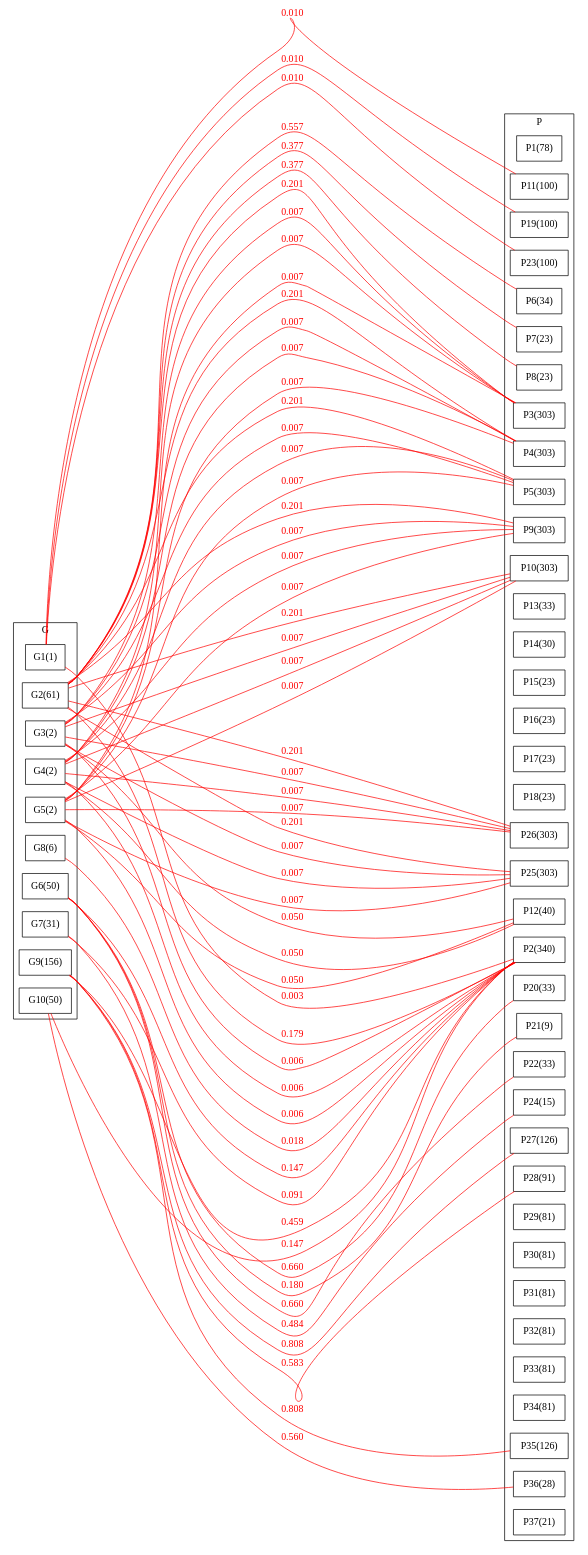
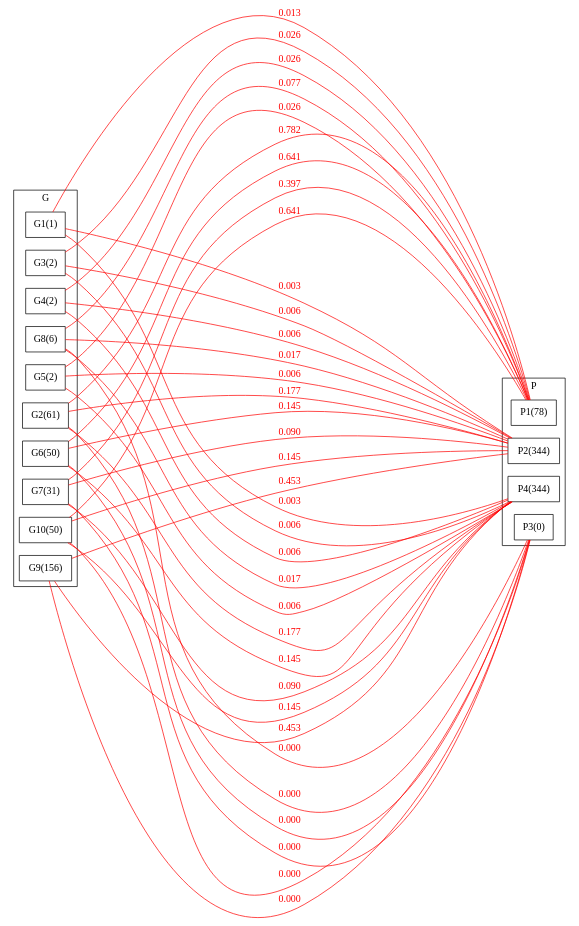
One commit to asanoja/segmentations changed the diagram in evaluation/dot/BG_bom3_chrome_www_biolitestove_com_homestove_overview_.dot. Above: the diagram before and after it, drawn with Graphviz. The commit also changed 435 other files, not shown here.

```diff
--- a/evaluation/dot/BG_bom3_chrome_www_biolitestove_com_homestove_overview_.dot
+++ b/evaluation/dot/BG_bom3_chrome_www_biolitestove_com_homestove_overview_.dot
@@ -1,119 +1,66 @@
 strict graph BCG {
 rankdir=LR;
 splines=true;
 ranksep="8 equally";
 concentrate = true;
 node [shape=rectangle];
 subgraph cluster_G {
 label = "G";
 color=black;
 rank="same"
 G1 [label="G1(1)"];
 G2 [label="G2(61)"];
 G3 [label="G3(2)"];
 G4 [label="G4(2)"];
 G5 [label="G5(2)"];
 G6 [label="G6(50)"];
 G7 [label="G7(31)"];
 G8 [label="G8(6)"];
 G9 [label="G9(156)"];
 G10 [label="G10(50)"];
 }
 subgraph cluster_P {
 label = "P";
 color="black";
 rank="same"
 P1 [label="P1(78)"];
-P2 [label="P2(340)"];
-P3 [label="P3(303)"];
-P4 [label="P4(303)"];
-P5 [label="P5(303)"];
-P6 [label="P6(34)"];
-P7 [label="P7(23)"];
-P8 [label="P8(23)"];
-P9 [label="P9(303)"];
-P10 [label="P10(303)"];
-P11 [label="P11(100)"];
-P12 [label="P12(40)"];
-P13 [label="P13(33)"];
-P14 [label="P14(30)"];
-P15 [label="P15(23)"];
-P16 [label="P16(23)"];
-P17 [label="P17(23)"];
-P18 [label="P18(23)"];
-P19 [label="P19(100)"];
-P20 [label="P20(33)"];
-P21 [label="P21(9)"];
-P22 [label="P22(33)"];
-P23 [label="P23(100)"];
-P24 [label="P24(15)"];
-P25 [label="P25(303)"];
-P26 [label="P26(303)"];
-P27 [label="P27(126)"];
-P28 [label="P28(91)"];
-P29 [label="P29(81)"];
-P30 [label="P30(81)"];
-P31 [label="P31(81)"];
-P32 [label="P32(81)"];
-P33 [label="P33(81)"];
-P34 [label="P34(81)"];
-P35 [label="P35(126)"];
-P36 [label="P36(28)"];
-P37 [label="P37(21)"];
+P2 [label="P2(344)"];
+P3 [label="P3(0)"];
+P4 [label="P4(344)"];
 }
+G1 -- P1[label="0.013",color="red",fontcolor="red"];
 G1 -- P2[label="0.003",color="red",fontcolor="red"];
-G1 -- P11[label="0.010",color="red",fontcolor="red"];
-G1 -- P19[label="0.010",color="red",fontcolor="red"];
-G1 -- P23[label="0.010",color="red",fontcolor="red"];
-G2 -- P2[label="0.179",color="red",fontcolor="red"];
-G2 -- P3[label="0.201",color="red",fontcolor="red"];
-G2 -- P4[label="0.201",color="red",fontcolor="red"];
-G2 -- P5[label="0.201",color="red",fontcolor="red"];
-G2 -- P6[label="0.557",color="red",fontcolor="red"];
-G2 -- P7[label="0.377",color="red",fontcolor="red"];
-G2 -- P8[label="0.377",color="red",fontcolor="red"];
-G2 -- P9[label="0.201",color="red",fontcolor="red"];
-G2 -- P10[label="0.201",color="red",fontcolor="red"];
-G2 -- P25[label="0.201",color="red",fontcolor="red"];
-G2 -- P26[label="0.201",color="red",fontcolor="red"];
+G1 -- P4[label="0.003",color="red",fontcolor="red"];
+G2 -- P1[label="0.782",color="red",fontcolor="red"];
+G2 -- P2[label="0.177",color="red",fontcolor="red"];
+G2 -- P3[label="0.000",color="red",fontcolor="red"];
+G2 -- P4[label="0.177",color="red",fontcolor="red"];
+G3 -- P1[label="0.026",color="red",fontcolor="red"];
 G3 -- P2[label="0.006",color="red",fontcolor="red"];
-G3 -- P3[label="0.007",color="red",fontcolor="red"];
-G3 -- P4[label="0.007",color="red",fontcolor="red"];
-G3 -- P5[label="0.007",color="red",fontcolor="red"];
-G3 -- P9[label="0.007",color="red",fontcolor="red"];
-G3 -- P10[label="0.007",color="red",fontcolor="red"];
-G3 -- P12[label="0.050",color="red",fontcolor="red"];
-G3 -- P25[label="0.007",color="red",fontcolor="red"];
-G3 -- P26[label="0.007",color="red",fontcolor="red"];
+G3 -- P4[label="0.006",color="red",fontcolor="red"];
+G4 -- P1[label="0.026",color="red",fontcolor="red"];
 G4 -- P2[label="0.006",color="red",fontcolor="red"];
-G4 -- P3[label="0.007",color="red",fontcolor="red"];
-G4 -- P4[label="0.007",color="red",fontcolor="red"];
-G4 -- P5[label="0.007",color="red",fontcolor="red"];
-G4 -- P9[label="0.007",color="red",fontcolor="red"];
-G4 -- P10[label="0.007",color="red",fontcolor="red"];
-G4 -- P12[label="0.050",color="red",fontcolor="red"];
-G4 -- P25[label="0.007",color="red",fontcolor="red"];
-G4 -- P26[label="0.007",color="red",fontcolor="red"];
+G4 -- P4[label="0.006",color="red",fontcolor="red"];
+G5 -- P1[label="0.026",color="red",fontcolor="red"];
 G5 -- P2[label="0.006",color="red",fontcolor="red"];
-G5 -- P3[label="0.007",color="red",fontcolor="red"];
-G5 -- P4[label="0.007",color="red",fontcolor="red"];
-G5 -- P5[label="0.007",color="red",fontcolor="red"];
-G5 -- P9[label="0.007",color="red",fontcolor="red"];
-G5 -- P10[label="0.007",color="red",fontcolor="red"];
-G5 -- P12[label="0.050",color="red",fontcolor="red"];
-G5 -- P25[label="0.007",color="red",fontcolor="red"];
-G5 -- P26[label="0.007",color="red",fontcolor="red"];
-G6 -- P2[label="0.147",color="red",fontcolor="red"];
-G6 -- P20[label="0.660",color="red",fontcolor="red"];
-G6 -- P21[label="0.180",color="red",fontcolor="red"];
-G6 -- P22[label="0.660",color="red",fontcolor="red"];
-G7 -- P2[label="0.091",color="red",fontcolor="red"];
-G7 -- P24[label="0.484",color="red",fontcolor="red"];
-G8 -- P2[label="0.018",color="red",fontcolor="red"];
-G9 -- P2[label="0.459",color="red",fontcolor="red"];
-G9 -- P27[label="0.808",color="red",fontcolor="red"];
-G9 -- P28[label="0.583",color="red",fontcolor="red"];
-G9 -- P35[label="0.808",color="red",fontcolor="red"];
-G10 -- P2[label="0.147",color="red",fontcolor="red"];
-G10 -- P36[label="0.560",color="red",fontcolor="red"];
+G5 -- P4[label="0.006",color="red",fontcolor="red"];
+G6 -- P1[label="0.641",color="red",fontcolor="red"];
+G6 -- P2[label="0.145",color="red",fontcolor="red"];
+G6 -- P3[label="0.000",color="red",fontcolor="red"];
+G6 -- P4[label="0.145",color="red",fontcolor="red"];
+G7 -- P1[label="0.397",color="red",fontcolor="red"];
+G7 -- P2[label="0.090",color="red",fontcolor="red"];
+G7 -- P3[label="0.000",color="red",fontcolor="red"];
+G7 -- P4[label="0.090",color="red",fontcolor="red"];
+G8 -- P1[label="0.077",color="red",fontcolor="red"];
+G8 -- P2[label="0.017",color="red",fontcolor="red"];
+G8 -- P3[label="0.000",color="red",fontcolor="red"];
+G8 -- P4[label="0.017",color="red",fontcolor="red"];
+G9 -- P2[label="0.453",color="red",fontcolor="red"];
+G9 -- P3[label="0.000",color="red",fontcolor="red"];
+G9 -- P4[label="0.453",color="red",fontcolor="red"];
+G10 -- P1[label="0.641",color="red",fontcolor="red"];
+G10 -- P2[label="0.145",color="red",fontcolor="red"];
+G10 -- P3[label="0.000",color="red",fontcolor="red"];
+G10 -- P4[label="0.145",color="red",fontcolor="red"];
 }
```
